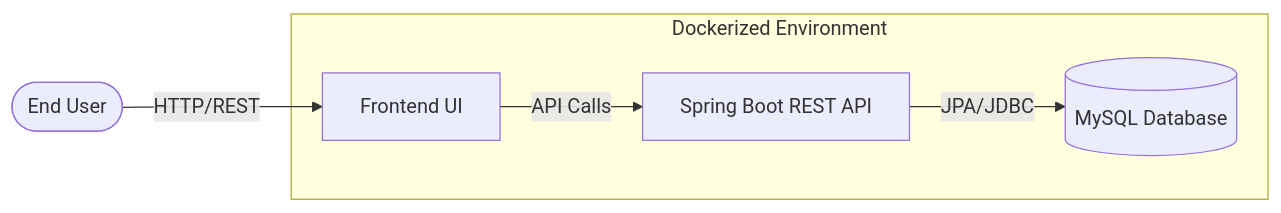
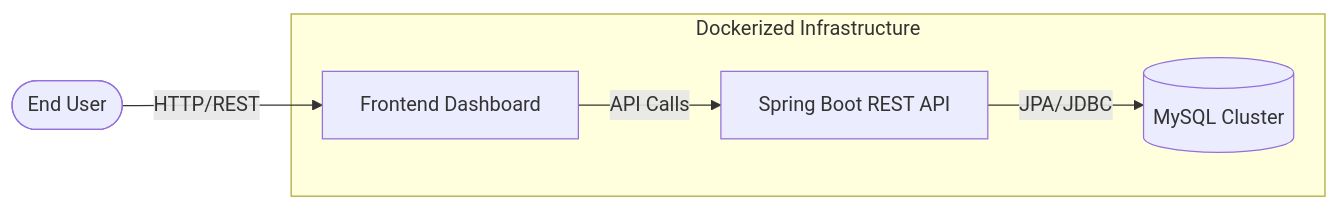
One commit to 01Sachinc/java-fullstack-devops-app changed the first of 2 diagrams in README.md. Above: the diagram before and after it, drawn with Mermaid. The commit also changed other lines of this file, not shown here.

````diff
--- a/README.md
+++ b/README.md
@@ -19,12 +19,12 @@
 ```mermaid
 graph LR
-    User([End User]) -->|HTTP/REST| Web[Frontend UI]
+    User([End User]) -->|HTTP/REST| Web[Frontend Dashboard]
     Web -->|API Calls| API[Spring Boot REST API]
-    API -->|JPA/JDBC| DB[(MySQL Database)]
+    API -->|JPA/JDBC| DB[(MySQL Cluster)]
 
-    subgraph Container_Orchestration ["Dockerized Environment"]
+    subgraph Container_Orchestration ["Dockerized Infrastructure"]
         Web
         API
         DB
     end
 ```
````
